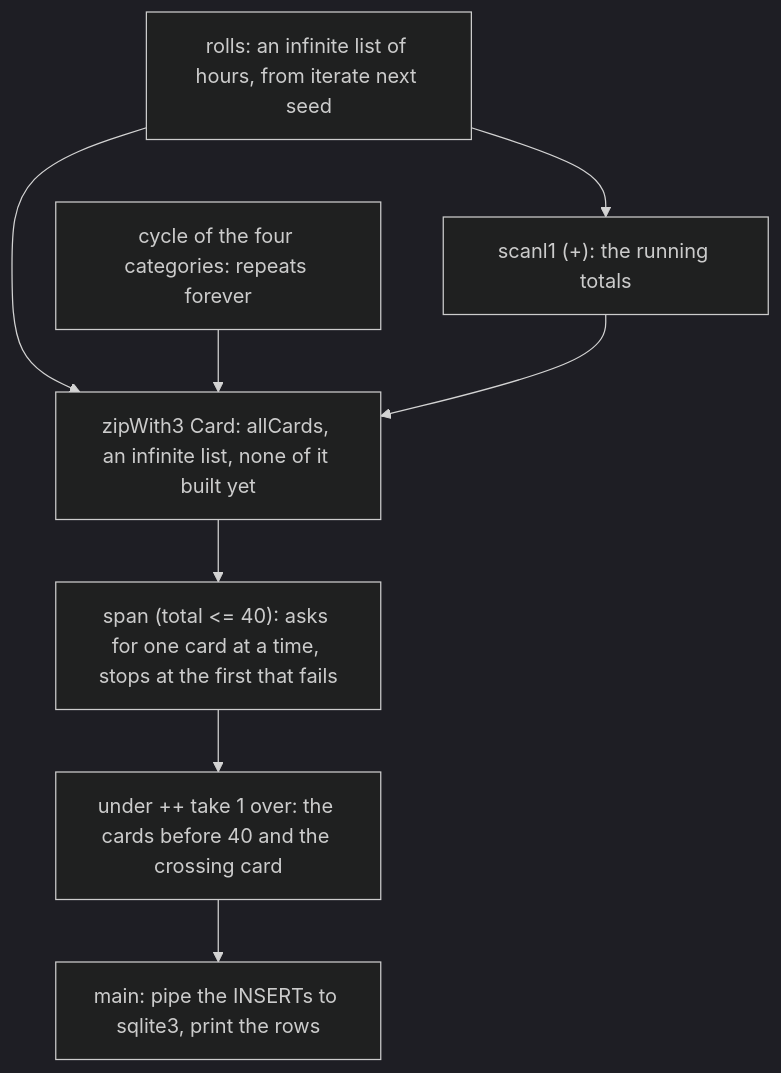
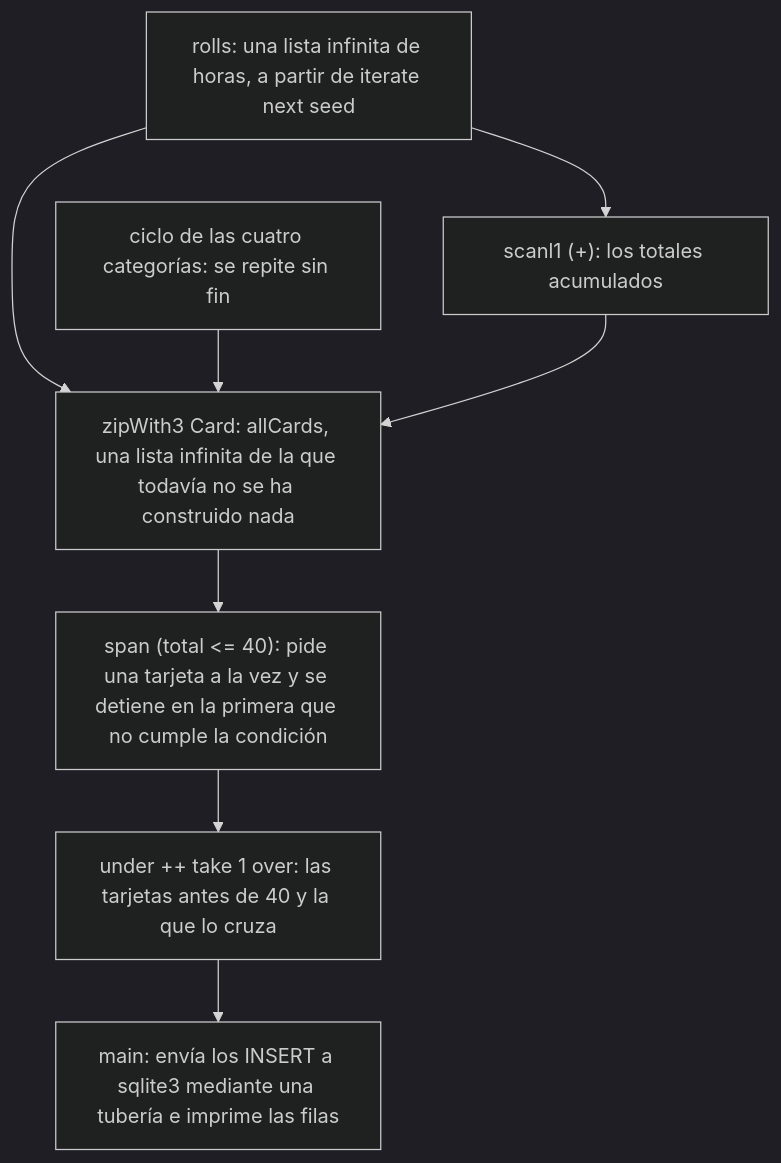
Before and after one commit to dullroar/aprende-a-programar-como-un-bicho-raro: the first of 2 diagrams in lessons/lenguajes/haskell.md, drawn with Mermaid (dark theme). The commit also changed other lines of this file and 31 other files, not shown here.

````diff
--- a/lessons/lenguajes/haskell.md
+++ b/lessons/lenguajes/haskell.md
@@ -86,12 +86,12 @@
 ```mermaid
 flowchart TD
-    accTitle: haskell: infinite lists that are read only as far as span demands
-    accDescr: A flowchart of data and demand. The function rolls is an infinite list of hours made with iterate. The categories are an infinite cycle. A running sum of the hours gives the totals. The function zipWith3 glues the categories, hours and totals into allCards, an infinite list of cards, none of them built yet. The function span asks for one card at a time and stops at the first card whose total is over 40. The result keeps the cards before it and the first card over 40. The function main then pipes the INSERTs to sqlite3 and prints the rows.
-    A["rolls: an infinite list of hours, from iterate next seed"] --> C["scanl1 (+): the running totals"]
+    accTitle: haskell: listas infinitas que se leen solo hasta donde llega la demanda de span
+    accDescr: Un diagrama de flujo de datos y demanda. La función rolls es una lista infinita de horas, creada con iterate. Las categorías forman un ciclo infinito. Una suma acumulada de las horas da los totales. La función zipWith3 une las categorías, las horas y los totales en allCards, una lista infinita de tarjetas, ninguna construida todavía. La función span pide una tarjeta a la vez y se detiene en la primera tarjeta cuyo total pasa de 40. El resultado conserva las tarjetas anteriores y la primera tarjeta con más de 40. Después, la función main pasa los INSERT por una tubería a sqlite3 e imprime las filas.
+    A["rolls: una lista infinita de horas, a partir de iterate next seed"] --> C["scanl1 (+): los totales acumulados"]
     A --> D
-    B["cycle of the four categories: repeats forever"] --> D
-    C --> D["zipWith3 Card: allCards, an infinite list, none of it built yet"]
-    D --> E["span (total <= 40): asks for one card at a time, stops at the first that fails"]
-    E --> F["under ++ take 1 over: the cards before 40 and the crossing card"]
-    F --> G["main: pipe the INSERTs to sqlite3, print the rows"]
+    B["ciclo de las cuatro categorías: se repite sin fin"] --> D
+    C --> D["zipWith3 Card: allCards, una lista infinita de la que todavía no se ha construido nada"]
+    D --> E["span (total <= 40): pide una tarjeta a la vez y se detiene en la primera que no cumple la condición"]
+    E --> F["under ++ take 1 over: las tarjetas antes de 40 y la que lo cruza"]
+    F --> G["main: envía los INSERT a sqlite3 mediante una tubería e imprime las filas"]
 ```
````
